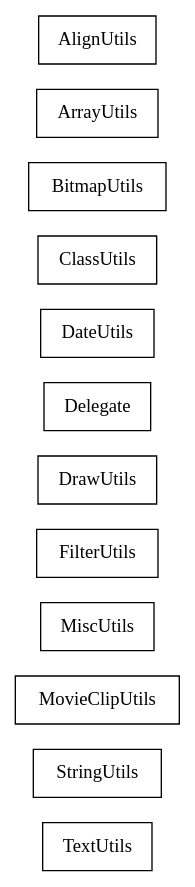
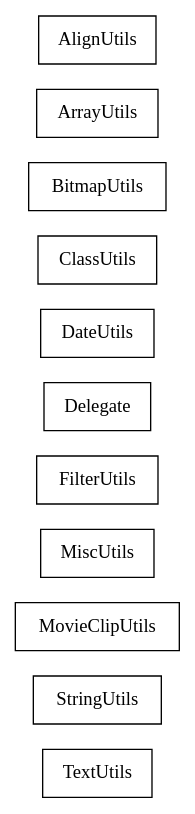
One commit to sekati/sasapi changed the diagram in docs/com/sekati/utils/classes.dot. Above: the diagram before and after it, drawn with Graphviz. The commit also changed 126 other files, not shown here.

```diff
--- a/docs/com/sekati/utils/classes.dot
+++ b/docs/com/sekati/utils/classes.dot
@@ -1,75 +1,69 @@
 strict digraph class_diagram {
   rankdir=LR;
   TypeTextUtils[
     label="TextUtils",
     URL="TextUtils.html",
     tooltip="com.sekati.utils.TextUtils",
     shape="record"
   ];
   TypeStringUtils[
     label="StringUtils",
     URL="StringUtils.html",
     tooltip="com.sekati.utils.StringUtils",
     shape="record"
   ];
   TypeMovieClipUtils[
     label="MovieClipUtils",
     URL="MovieClipUtils.html",
     tooltip="com.sekati.utils.MovieClipUtils",
     shape="record"
   ];
   TypeMiscUtils[
     label="MiscUtils",
     URL="MiscUtils.html",
     tooltip="com.sekati.utils.MiscUtils",
     shape="record"
   ];
   TypeFilterUtils[
     label="FilterUtils",
     URL="FilterUtils.html",
     tooltip="com.sekati.utils.FilterUtils",
-    shape="record"
-  ];
-  TypeDrawUtils[
-    label="DrawUtils",
-    URL="DrawUtils.html",
-    tooltip="com.sekati.utils.DrawUtils",
     shape="record"
   ];
   TypeDelegate[
     label="Delegate",
     URL="Delegate.html",
     tooltip="com.sekati.utils.Delegate",
     shape="record"
   ];
   TypeDateUtils[
     label="DateUtils",
     URL="DateUtils.html",
     tooltip="com.sekati.utils.DateUtils",
     shape="record"
   ];
   TypeClassUtils[
     label="ClassUtils",
     URL="ClassUtils.html",
     tooltip="com.sekati.utils.ClassUtils",
     shape="record"
   ];
   TypeBitmapUtils[
     label="BitmapUtils",
     URL="BitmapUtils.html",
     tooltip="com.sekati.utils.BitmapUtils",
     shape="record"
   ];
   TypeArrayUtils[
     label="ArrayUtils",
     URL="ArrayUtils.html",
     tooltip="com.sekati.utils.ArrayUtils",
     shape="record"
   ];
   TypeAlignUtils[
     label="AlignUtils",
     URL="AlignUtils.html",
     tooltip="com.sekati.utils.AlignUtils",
     shape="record"
   ];
 }
```
